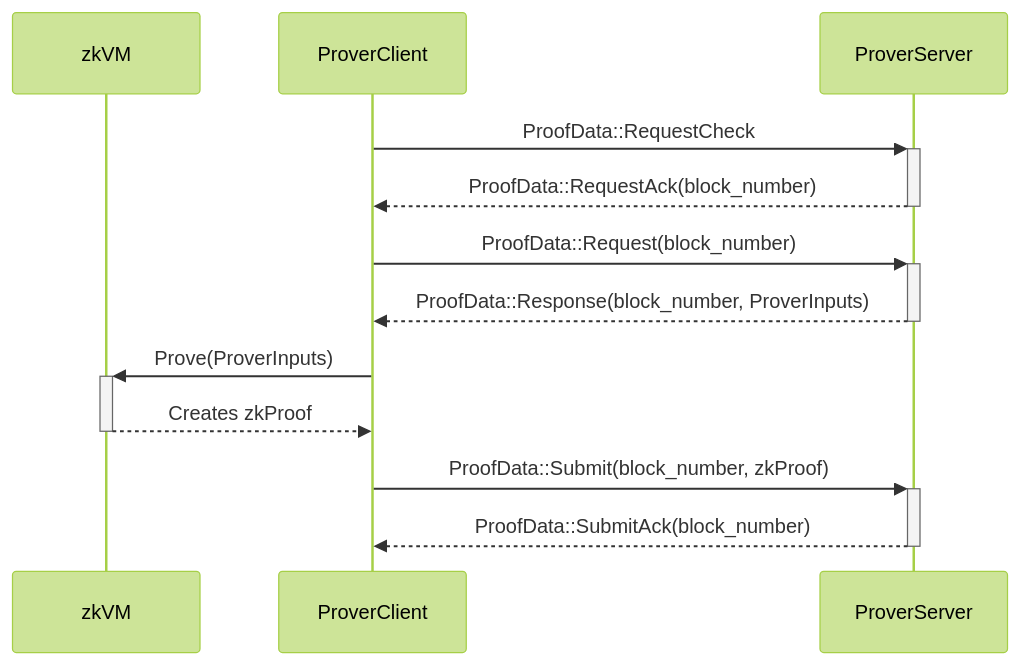
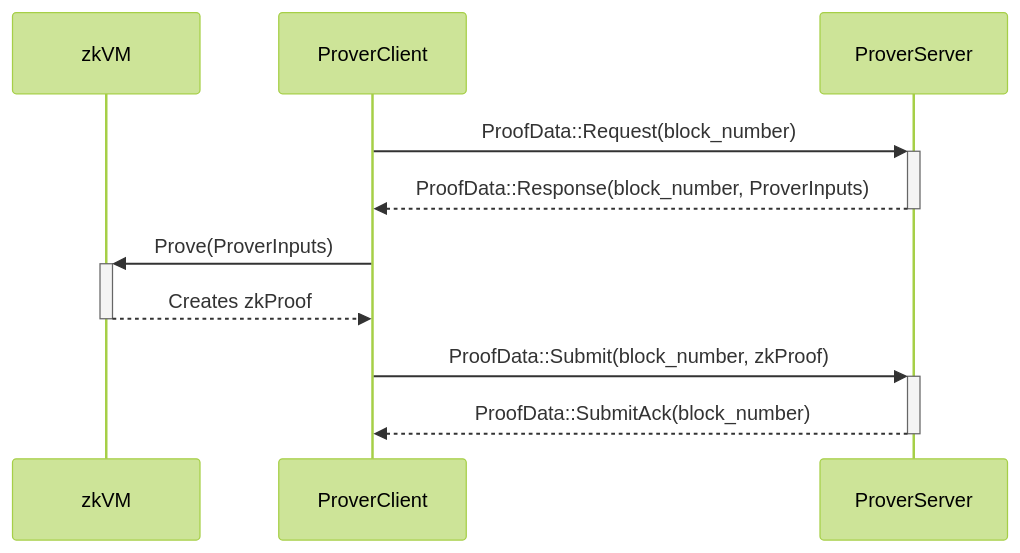
One commit to lambdaclass/lambda_ethereum_rust changed the diagram in crates/l2/docs/prover.md. Above: the diagram before and after it, drawn with Mermaid (forest theme). The commit also changed 2 other files, not shown here.

Commit message:
remove complexity

````diff
--- a/crates/l2/docs/prover.md
+++ b/crates/l2/docs/prover.md
@@ -29,14 +29,12 @@
 ```mermaid
 sequenceDiagram
     participant zkVM
     participant ProverClient
     participant ProverServer
-    ProverClient->>+ProverServer: ProofData::RequestCheck
-    ProverServer-->>-ProverClient: ProofData::RequestAck(block_number)
     ProverClient->>+ProverServer: ProofData::Request(block_number)
     ProverServer-->>-ProverClient: ProofData::Response(block_number, ProverInputs)
     ProverClient->>+zkVM: Prove(ProverInputs)
     zkVM-->>-ProverClient: Creates zkProof
     ProverClient->>+ProverServer: ProofData::Submit(block_number, zkProof)
     ProverServer-->>-ProverClient: ProofData::SubmitAck(block_number)
 ```
````
